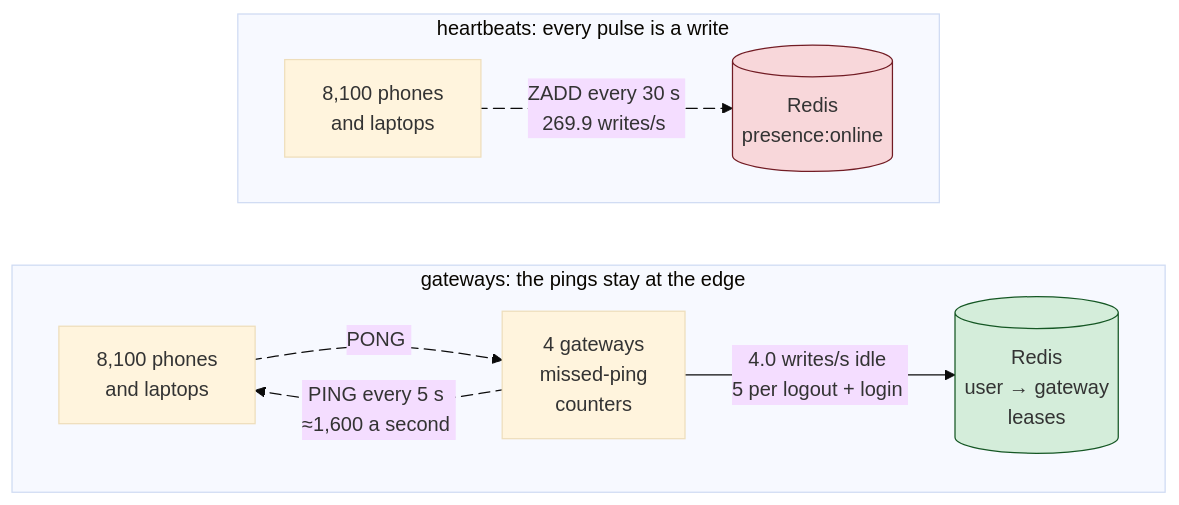
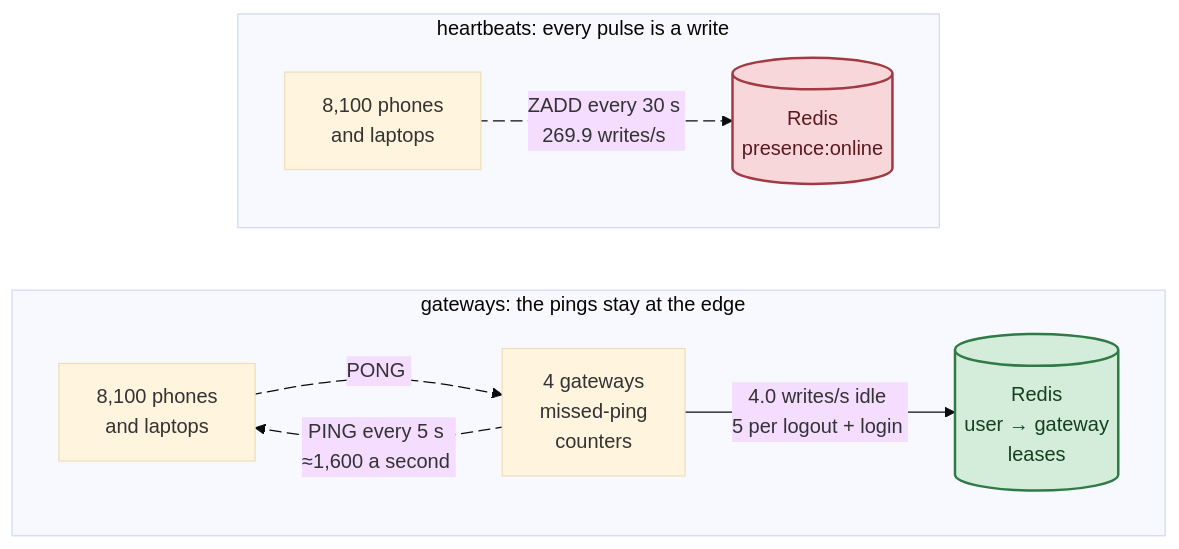
One commit to haraGADygyl/medium-python-articles changed the diagram in markdown/system-design-interview/assets/009/03-writes.anim.mmd. Above: the diagram before and after it, drawn with Mermaid (base theme). The commit also changed 9 other files, not shown here.

Commit message:
feat: house Mermaid theme for system-design-interview diagrams, restyle 009

```diff
--- a/markdown/system-design-interview/assets/009/03-writes.anim.mmd
+++ b/markdown/system-design-interview/assets/009/03-writes.anim.mmd
@@ -1,18 +1,19 @@
-%%{init: {"flowchart": {"rankSpacing": 50, "nodeSpacing": 30}}}%%
 flowchart TB
     subgraph HBD ["heartbeats: every pulse is a write&nbsp;&nbsp;"]
         direction LR
         C1["8,100 phones<br/>and laptops"] h1@-- "ZADD every 30 s&nbsp;<br/>269.9 writes/s&nbsp;" --> R1[("Redis<br/>presence:online")]
     end
     subgraph GWD ["gateways: the pings stay at the edge&nbsp;&nbsp;"]
         direction LR
         C2["8,100 phones<br/>and laptops"] p1@-- "PONG&nbsp;" --> G["4 gateways<br/>missed-ping<br/>counters"]
         G p2@-- "PING every 5 s&nbsp;<br/>≈1,600 a second&nbsp;" --> C2
         G -- "4.0 writes/s idle&nbsp;<br/>5 per logout + login&nbsp;" --> R2[("Redis<br/>user → gateway<br/>leases")]
     end
     HBD ~~~ GWD
     h1@{ animate: true }
     p1@{ animate: true }
     p2@{ animate: true }
-    style R1 fill:#f8d7da,stroke:#721c24
-    style R2 fill:#d4edda,stroke:#155724
+    classDef ok fill:#d4edda,stroke:#2f7a45,stroke-width:2px,color:#14401f
+    classDef bad fill:#f8d7da,stroke:#a33a43,stroke-width:2px,color:#5c1a20
+    class R1 bad
+    class R2 ok
```
